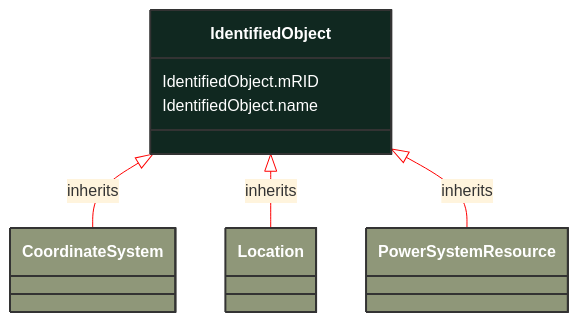
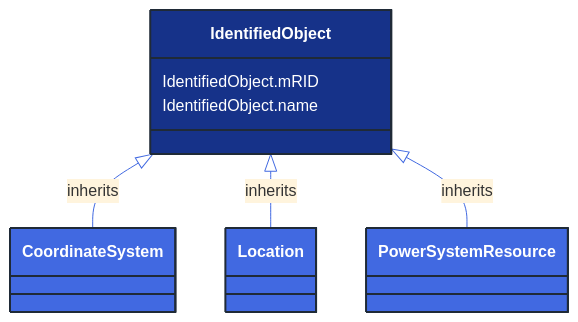
The diagram in docs/Models/Profiles/GeographicalLocation/AbstractClasses/IdentifiedObject.md (3lbits/NoCIMExtensions), drawn with Mermaid before and after one commit. The commit also changed 362 other files, not shown here.

First line of the commit message:
Update diagrams and styles for improved visual consistency

````diff
--- a/docs/Models/Profiles/GeographicalLocation/AbstractClasses/IdentifiedObject.md
+++ b/docs/Models/Profiles/GeographicalLocation/AbstractClasses/IdentifiedObject.md
@@ -10,30 +10,30 @@
 ```mermaid
-%%{init: {'theme':'base','themeVariables': {'lineColor': '#FF0000'}}}%%
+%%{init: {'theme':'base','themeVariables': {'lineColor': '#4169E1'}}}%%
 classDiagram
     class IdentifiedObject
     click IdentifiedObject href "/Models/Profiles/GeographicalLocation/AbstractClasses/IdentifiedObject/"
-    style IdentifiedObject fill:#102820,stroke:#333,stroke-width:2px,rx:10,ry:10,color:white
+    style IdentifiedObject fill:#163289,stroke:#1F2A37,stroke-width:2px,rx:10,ry:10,color:white
 
         IdentifiedObject <|-- CoordinateSystem : inherits
 
         CoordinateSystem
             click CoordinateSystem href "/Models/Profiles/GeographicalLocation/ConcreteClasses/CoordinateSystem/"
-            style CoordinateSystem fill:#8F9779,stroke:#333,stroke-width:2px,rx:10,ry:10,color:white
+            style CoordinateSystem fill:#4169E1,stroke:#1F2A37,stroke-width:2px,rx:10,ry:10,color:white
 
         IdentifiedObject <|-- Location : inherits
 
         Location
             click Location href "/Models/Profiles/GeographicalLocation/ConcreteClasses/Location/"
-            style Location fill:#8F9779,stroke:#333,stroke-width:2px,rx:10,ry:10,color:white
+            style Location fill:#4169E1,stroke:#1F2A37,stroke-width:2px,rx:10,ry:10,color:white
 
         IdentifiedObject <|-- PowerSystemResource : inherits
 
         PowerSystemResource
             click PowerSystemResource href "/Models/Profiles/GeographicalLocation/AbstractClasses/PowerSystemResource/"
-            style PowerSystemResource fill:#8F9779,stroke:#333,stroke-width:2px,rx:10,ry:10,color:white
+            style PowerSystemResource fill:#4169E1,stroke:#1F2A37,stroke-width:2px,rx:10,ry:10,color:white
 
 
 
         IdentifiedObject : IdentifiedObject.mRID
         IdentifiedObject : IdentifiedObject.name
 ```
````
